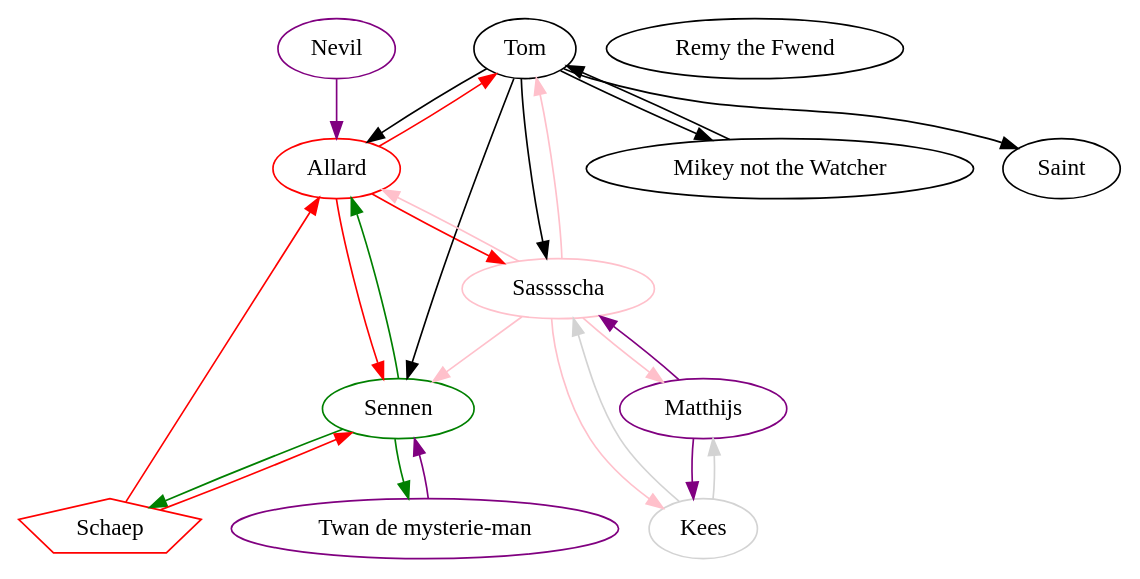
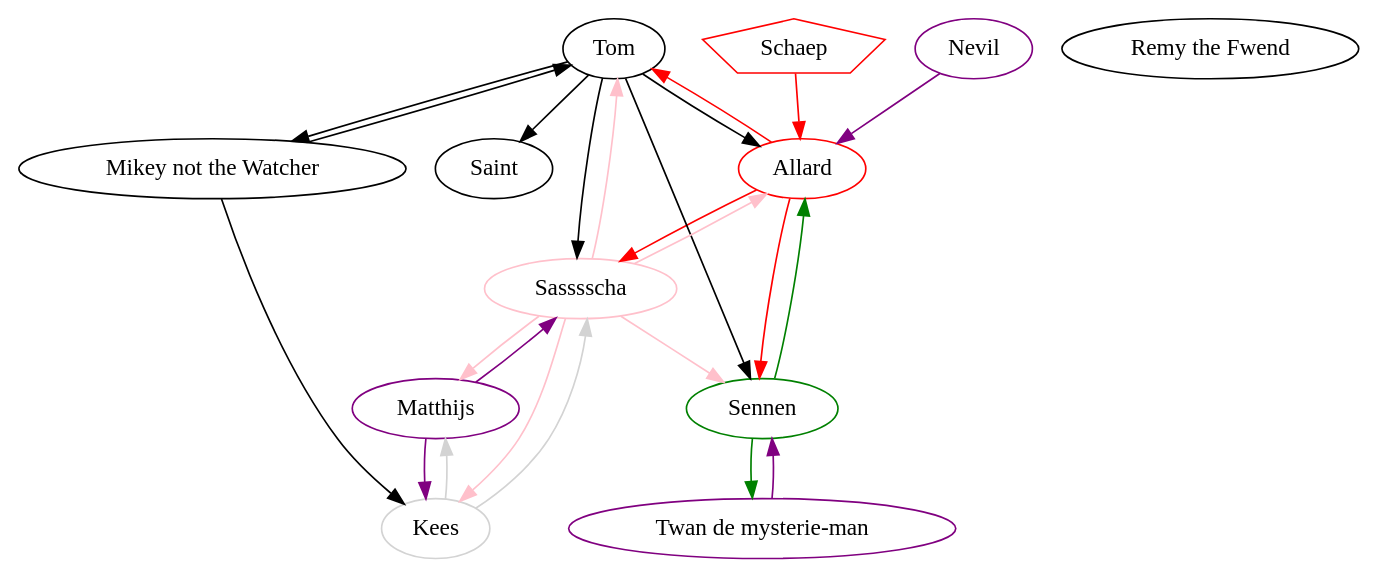
Before and after one commit to Abyss-mal-Graphics/Graphs.dot: the diagram in graphs/ships.dot, drawn with Graphviz.

Commit message:
Update ships.dot
aanpassingen galore

```diff
--- a/graphs/ships.dot
+++ b/graphs/ships.dot
@@ -1,82 +1,81 @@
 digraph {
     Saint;
 
     Remy [label="Remy the Fwend"];
 
     subgraph Allard {
         edge [color=red];
         Allard [color=red];
         Allard->Tom;
         Allard->Sas;
         Allard->Sennen;
     }
 
     subgraph Tom {
         edge [color=black]; // 🤷, does absolutely nothing
         Tom;
         Tom->Allard;
         Tom->Saint;
         Tom->Sennen;
         Tom->Sas;
         Tom->Mikey
     }
 
     subgraph Sas {
         edge [color=pink];
         Sas [color=pink label="Sasssscha"];
         Sas->Allard;
         Sas->Tom;
         Sas->Sennen;
         Sas->Kees;
         Sas->Matthijs;
     }
 
     subgraph Kees {
         edge [color=lightgrey];
         Kees [color=lightgrey];
         Kees->Sas;
         Kees->Matthijs;
     }
 
     subgraph Matthijs {
         edge [color=purple];
         Matthijs [color=purple];
         Matthijs->Sas;
         Matthijs->Kees;
     }
     
     subgraph Mikey {
         Mikey [label="Mikey not the Watcher"];
         Mikey->Tom
+        Mikey->Kees
     }
     
     subgraph Twan {
     edge [color=purple];
         Twan [color=purple];
         Twan [label="Twan de mysterie-man"];
         Twan->Sennen
     }
     
     subgraph Sheep {
         Sheep  [shape=polygon,sides=5];
     edge [color=red];
         Sheep [color=red];
         Sheep [label="Schaep"];
         Sheep->Allard;
-        Sheep->Sennen;
     }
 
     subgraph Sennen {
     edge [color=green];
         Sennen [color=green];
         Sennen->Twan;
-        Sennen->Sheep;
         Sennen->Allard;
     }
     
     subgraph Nevil {
     edge [color=Purple];
         Nevil [color=purple];
         Nevil->Allard;
     }
 }
```
